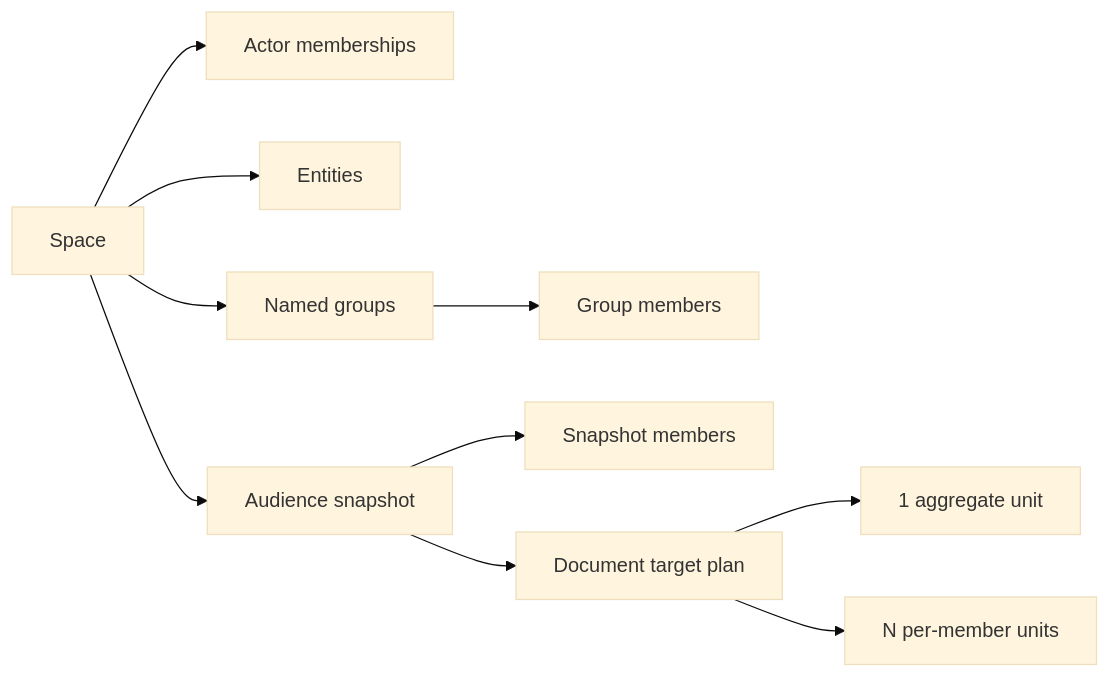
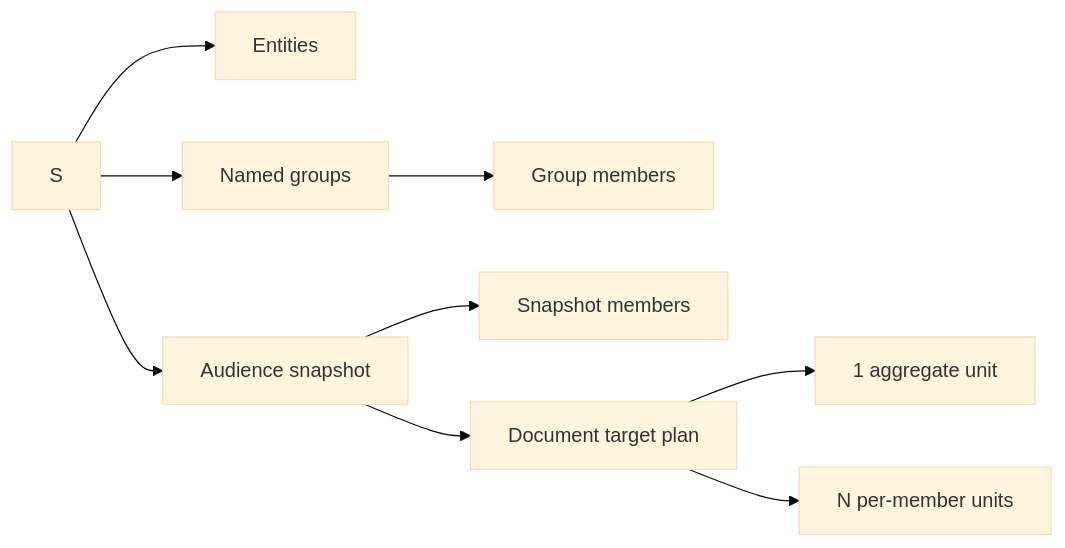
Before and after one commit to f2re/docomator: the diagram in docs/SPACES_AND_AUDIENCES.md, drawn with Mermaid (base theme). The commit also changed other lines of this file and 22 other files, not shown here.

````diff
--- a/docs/SPACES_AND_AUDIENCES.md
+++ b/docs/SPACES_AND_AUDIENCES.md
@@ -36,12 +36,11 @@
 ```mermaid
 flowchart LR
-    S[Space] --> AM[Actor memberships]
     S --> E[Entities]
     S --> G[Named groups]
     G --> GM[Group members]
     S --> AS[Audience snapshot]
     AS --> ASM[Snapshot members]
     AS --> P[Document target plan]
     P --> A[1 aggregate unit]
     P --> N[N per-member units]
 ```
````
